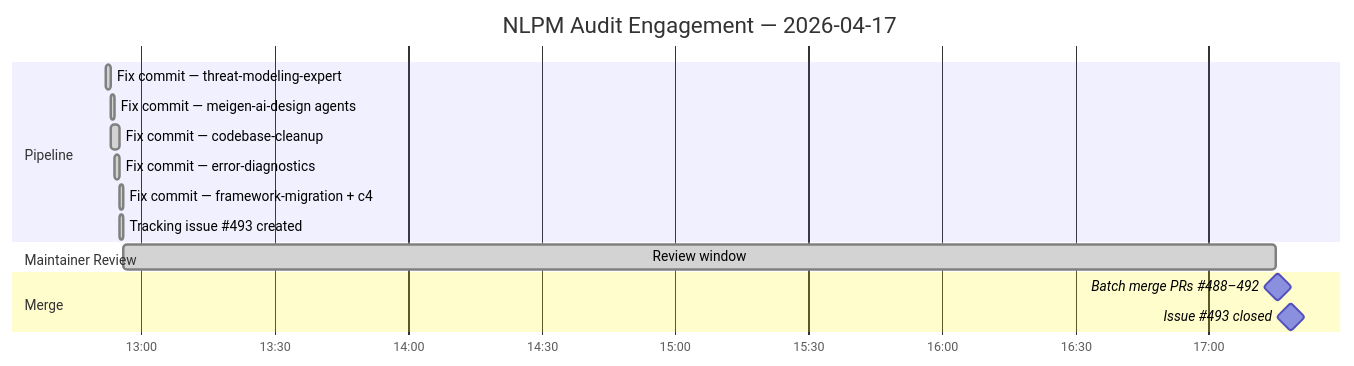
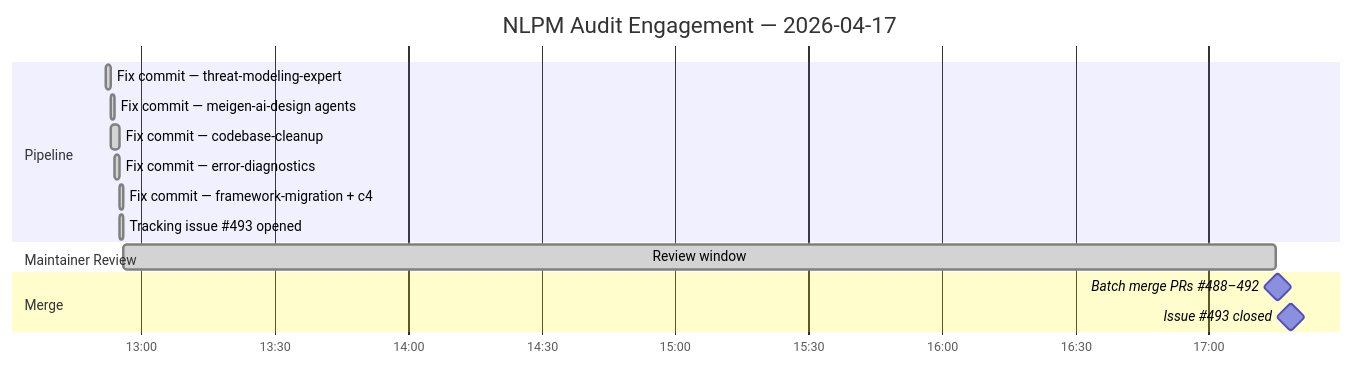
The fourth of 4 diagrams in case-studies/2026-04-22-wshobson-agents.md (cgartlab/nlpm), drawn with Mermaid before and after one commit. The commit also changed other lines of this file and 2 other files, not shown here.

````diff
--- a/case-studies/2026-04-22-wshobson-agents.md
+++ b/case-studies/2026-04-22-wshobson-agents.md
@@ -142,21 +138,21 @@
 ```mermaid
 gantt
     dateFormat YYYY-MM-DD HH:mm
     axisFormat %H:%M
     title NLPM Audit Engagement — 2026-04-17
 
     section Pipeline
     Fix commit — threat-modeling-expert      :done, f1, 2026-04-17 12:52, 1m
     Fix commit — meigen-ai-design agents     :done, f2, 2026-04-17 12:53, 1m
     Fix commit — codebase-cleanup            :done, f3, 2026-04-17 12:53, 2m
     Fix commit — error-diagnostics           :done, f4, 2026-04-17 12:54, 1m
     Fix commit — framework-migration + c4    :done, f5, 2026-04-17 12:55, 1m
-    Tracking issue #493 created              :done, i1, 2026-04-17 12:55, 1m
+    Tracking issue #493 opened               :done, i1, 2026-04-17 12:55, 1m
 
     section Maintainer Review
     Review window                            :done, r1, 2026-04-17 12:56, 259m
 
     section Merge
     Batch merge PRs #488–492                 :milestone, m1, 2026-04-17 17:15, 1m
     Issue #493 closed                        :milestone, m2, 2026-04-17 17:18, 1m
 ```
````
